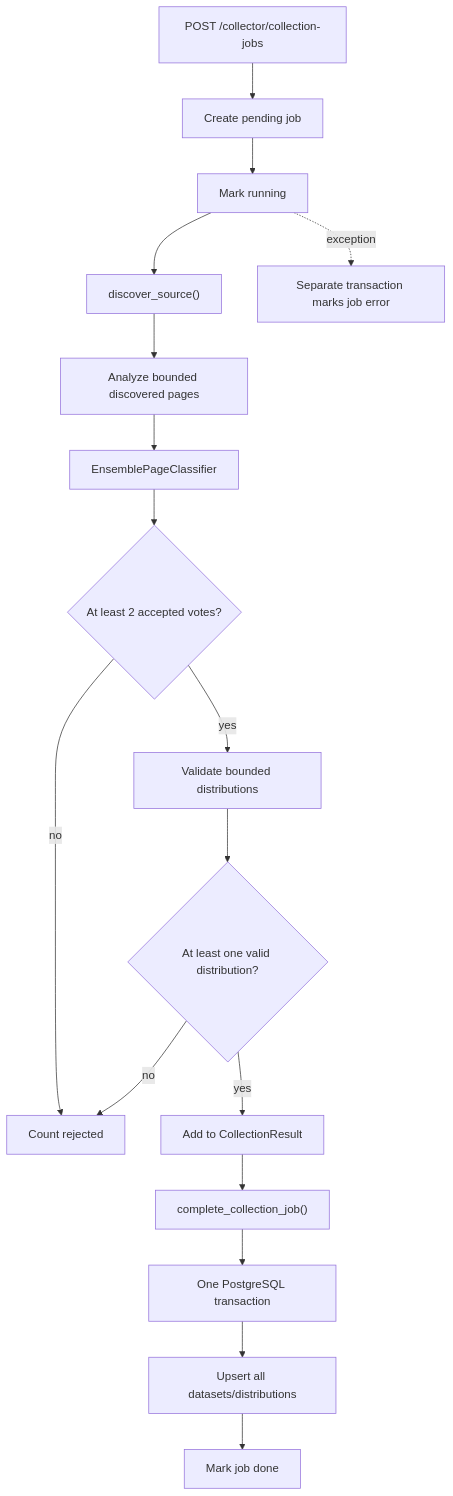
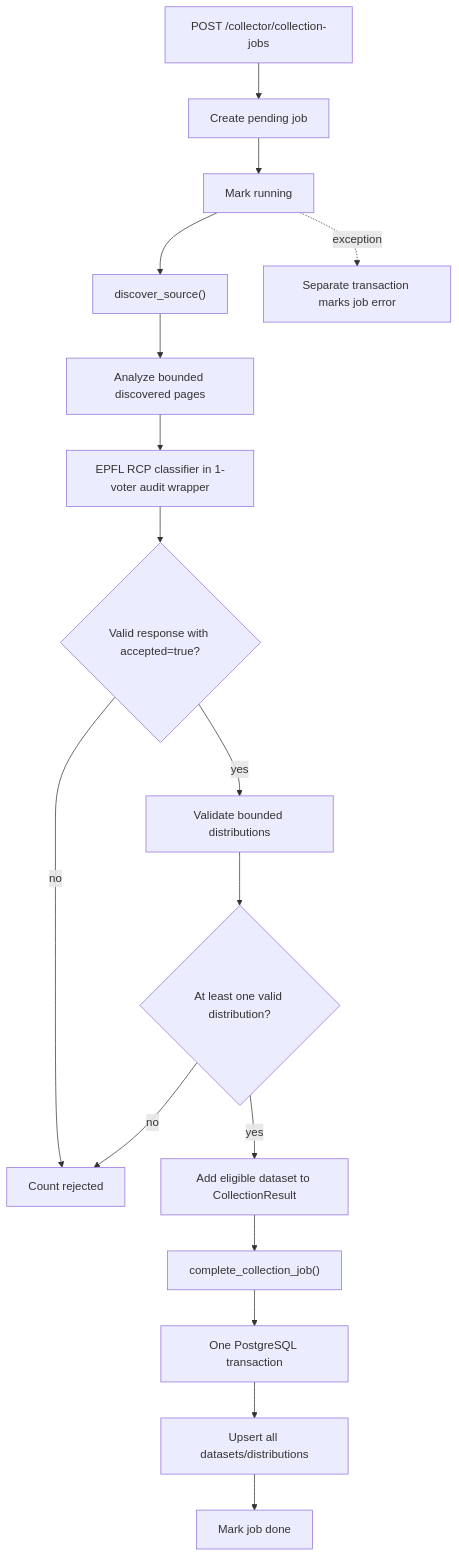
The third of 3 diagrams in docs/technical-design-document.md (nicolasberlin/global-health-dataset-catalog), drawn with Mermaid before and after one commit. The commit also changed other lines of this file and 33 other files, not shown here.

Commit message:
Switch default classifier to EPFL RCP

````diff
--- a/docs/technical-design-document.md
+++ b/docs/technical-design-document.md
@@ -143,19 +143,19 @@
 ```mermaid
 flowchart TD
     Start["POST /collector/collection-jobs"] --> Pending["Create pending job"]
     Pending --> Running["Mark running"]
     Running --> Discover["discover_source()"]
     Discover --> Analyze["Analyze bounded discovered pages"]
-    Analyze --> PageEnsemble["EnsemblePageClassifier"]
-    PageEnsemble --> Accepted{"At least 2 accepted votes?"}
+    Analyze --> PageClassifier["EPFL RCP classifier in 1-voter audit wrapper"]
+    PageClassifier --> Accepted{"Valid response with accepted=true?"}
     Accepted -->|no| Reject["Count rejected"]
     Accepted -->|yes| Validate["Validate bounded distributions"]
     Validate --> HasFile{"At least one valid distribution?"}
     HasFile -->|no| Reject
-    HasFile -->|yes| Result["Add to CollectionResult"]
+    HasFile -->|yes| Result["Add eligible dataset to CollectionResult"]
     Result --> Complete["complete_collection_job()"]
     Complete --> Transaction["One PostgreSQL transaction"]
     Transaction --> Save["Upsert all datasets/distributions"]
     Save --> Done["Mark job done"]
     Running -. exception .-> Error["Separate transaction marks job error"]
 ```
````
